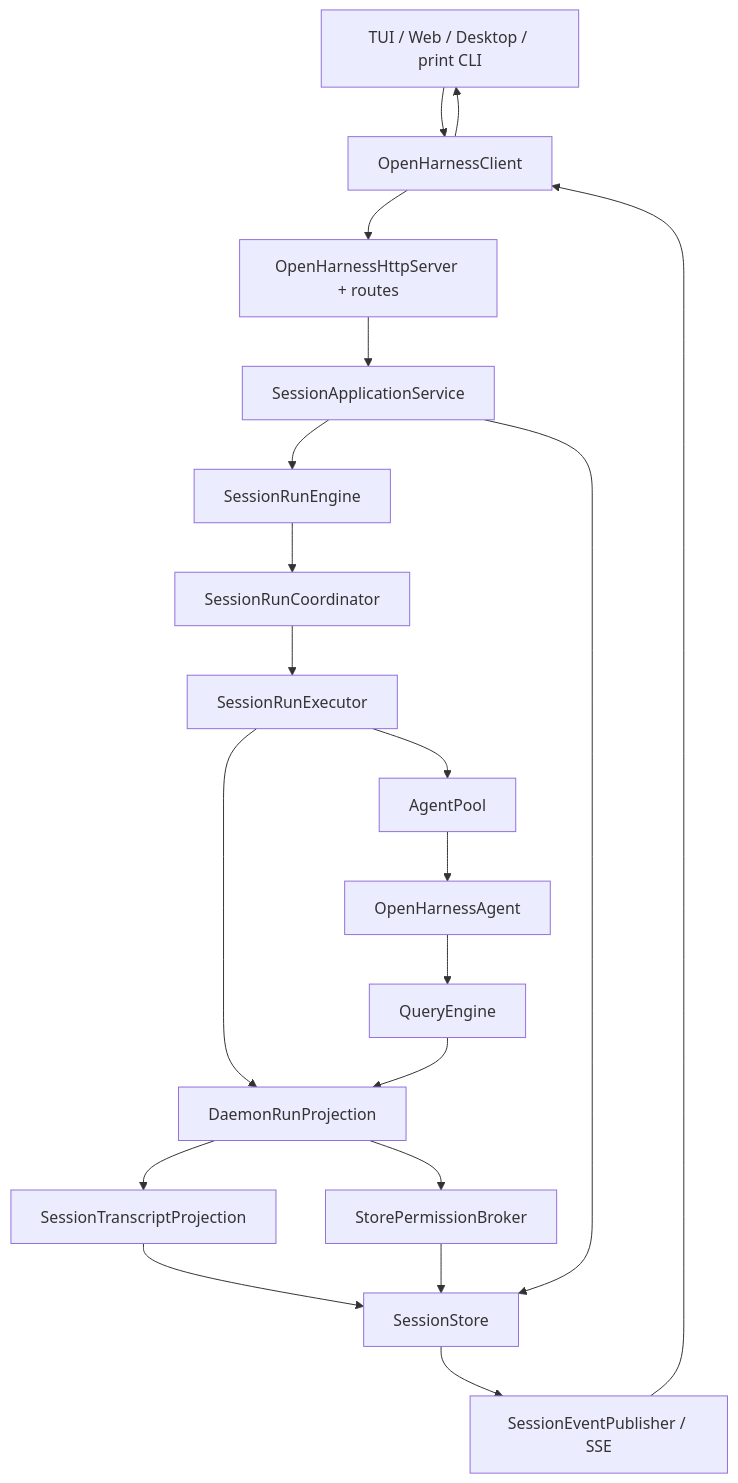
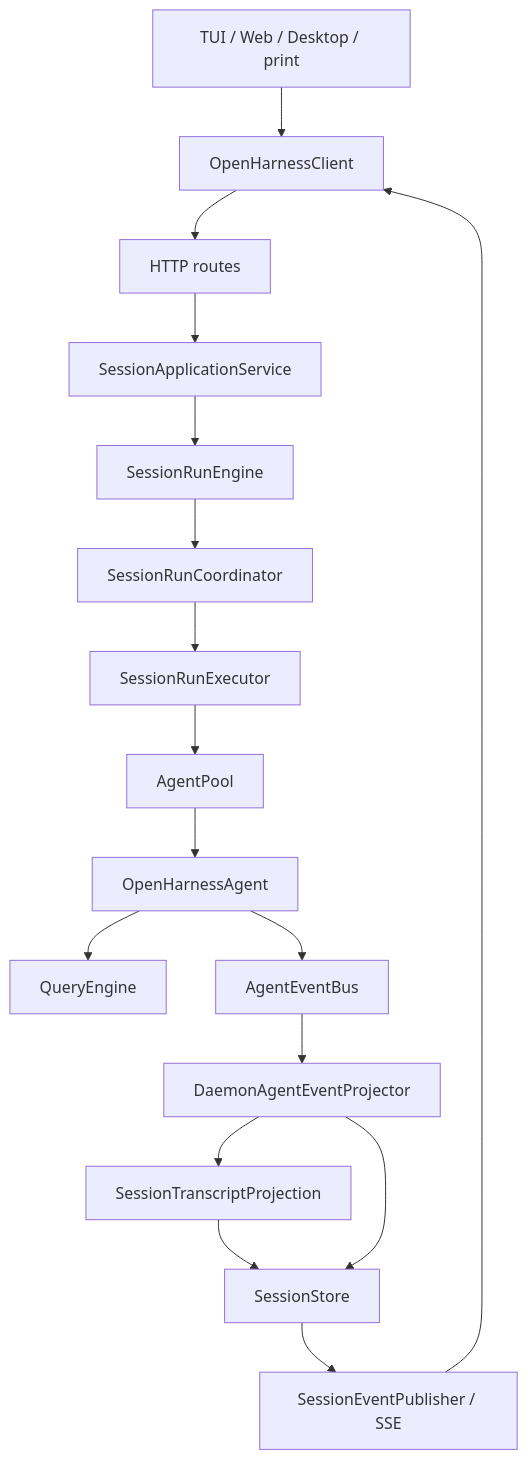
One commit to rzx007/openharness-ts changed the first of 4 diagrams in docs/daemon-application-architecture.md. Above: the diagram before and after it, drawn with Mermaid. The commit also changed other lines of this file and 9 other files, not shown here.

Commit message:
docs: publish agent events effects runtime architecture

````diff
--- a/docs/daemon-application-architecture.md
+++ b/docs/daemon-application-architecture.md
@@ -34,27 +17,23 @@
 ```mermaid
 flowchart TD
-  Surface["TUI / Web / Desktop / print CLI"]
+  Surface["TUI / Web / Desktop / print"]
   Client["OpenHarnessClient"]
-  HTTP["OpenHarnessHttpServer + routes"]
+  Routes["HTTP routes"]
   App["SessionApplicationService"]
   Engine["SessionRunEngine"]
   Lane["SessionRunCoordinator"]
   Executor["SessionRunExecutor"]
   Pool["AgentPool"]
   Agent["OpenHarnessAgent"]
   QE["QueryEngine"]
-  Projection["DaemonRunProjection"]
+  Events["AgentEventBus"]
+  Projector["DaemonAgentEventProjector"]
   Transcript["SessionTranscriptProjection"]
-  Permission["StorePermissionBroker"]
   Store["SessionStore"]
-  Events["SessionEventPublisher / SSE"]
+  SSE["SessionEventPublisher / SSE"]
 
-  Surface --> Client --> HTTP --> App --> Engine --> Lane --> Executor
+  Surface --> Client --> Routes --> App --> Engine --> Lane --> Executor
   Executor --> Pool --> Agent --> QE
-  Executor --> Projection
-  QE --> Projection
-  Projection --> Transcript --> Store
-  Projection --> Permission --> Store
-  App --> Store
-  Store --> Events --> Client --> Surface
+  Agent --> Events --> Projector --> Transcript --> Store --> SSE --> Client
+  Projector --> Store
 ```
````
